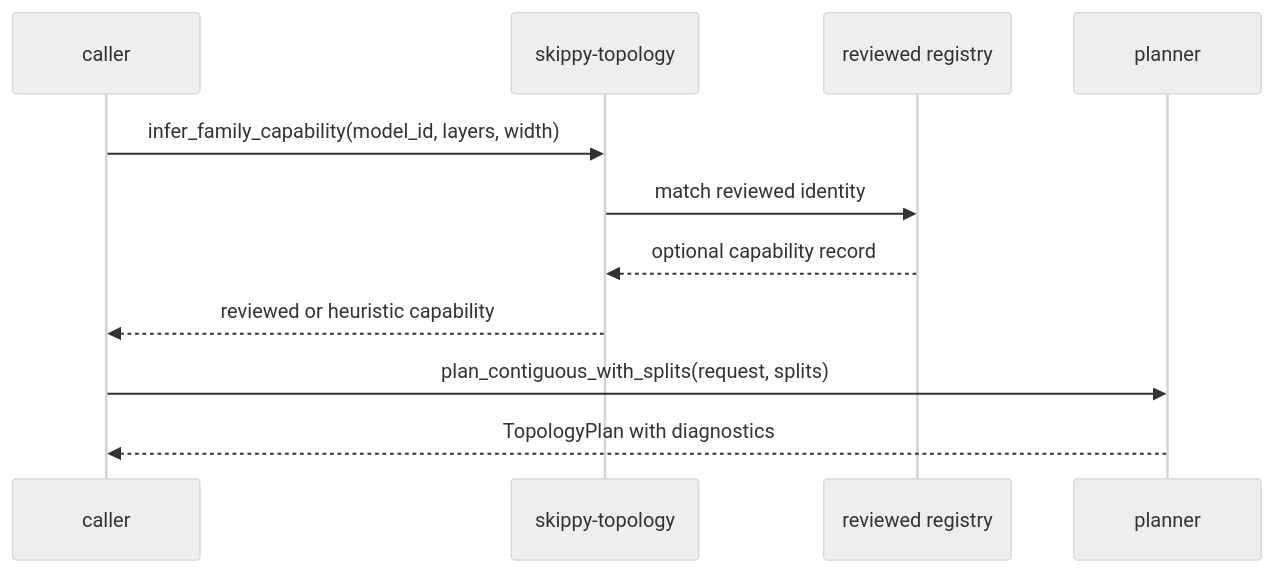
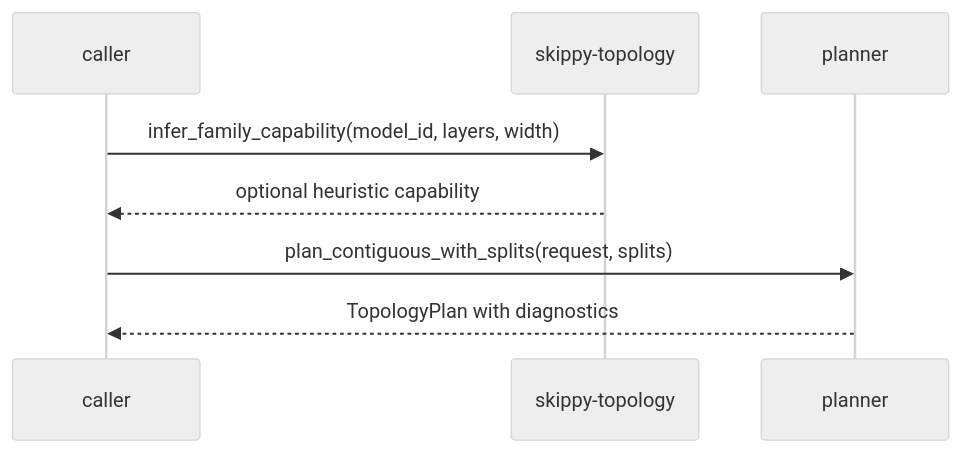
Before and after one commit to 76287298092/mesh-llm: the second of 2 diagrams in skippy/crates/skippy-topology/README.md, drawn with Mermaid (neutral theme). The commit also changed other lines of this file and 11 other files, not shown here.

First line of the commit message:
refactor(skippy)!: remove reviewed topology capability registry

````diff
--- a/skippy/crates/skippy-topology/README.md
+++ b/skippy/crates/skippy-topology/README.md
@@ -35,14 +36,11 @@
 ```mermaid
 sequenceDiagram
     participant C as caller
     participant T as skippy-topology
-    participant R as reviewed registry
     participant P as planner
 
     C->>T: infer_family_capability(model_id, layers, width)
-    T->>R: match reviewed identity
-    R-->>T: optional capability record
-    T-->>C: reviewed or heuristic capability
+    T-->>C: optional heuristic capability
     C->>P: plan_contiguous_with_splits(request, splits)
     P-->>C: TopologyPlan with diagnostics
 ```
````
